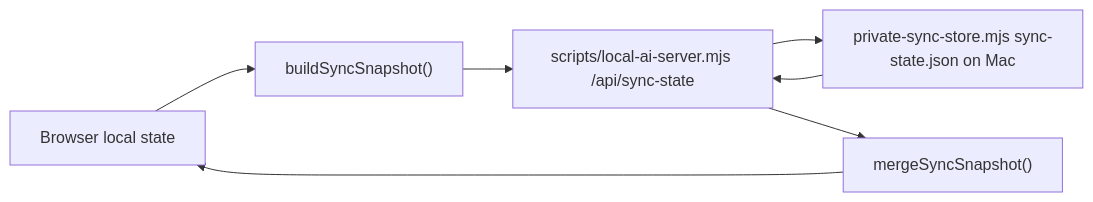
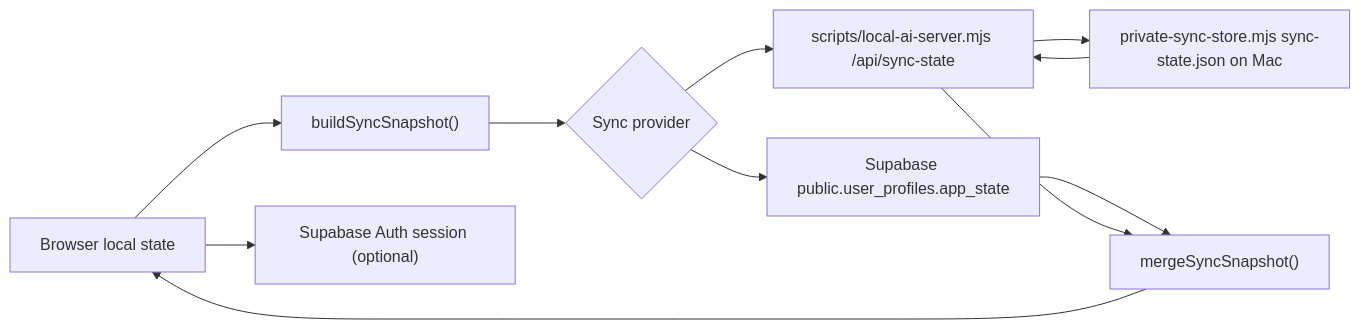
The third of 3 diagrams in project-docs/ARCHITECTURE.md (Tuckerb62/leaderman), drawn with Mermaid before and after one commit. The commit also changed other lines of this file and 42 other files, not shown here.

Commit message:
Rebuild markdown article curriculum and account sync flows

````diff
--- a/project-docs/ARCHITECTURE.md
+++ b/project-docs/ARCHITECTURE.md
@@ -233,9 +234,13 @@
 ```mermaid
 flowchart LR
   BrowserState["Browser local state"] --> Snapshot["buildSyncSnapshot()"]
-  Snapshot --> Server["scripts/local-ai-server.mjs /api/sync-state"]
+  Snapshot --> Provider{"Sync provider"}
+  Provider --> Server["scripts/local-ai-server.mjs /api/sync-state"]
   Server --> File["private-sync-store.mjs sync-state.json on Mac"]
   File --> Server
-  Server --> Merge["mergeSyncSnapshot()"]
+  BrowserState --> Auth["Supabase Auth session (optional)"]
+  Provider --> Supabase["Supabase public.user_profiles.app_state"]
+  Supabase --> Merge["mergeSyncSnapshot()"]
+  Server --> Merge
   Merge --> BrowserState
 ```
````
